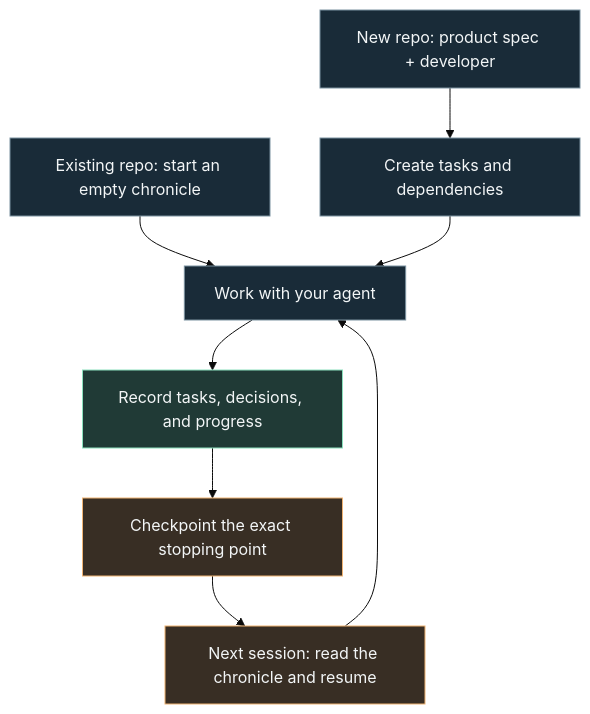
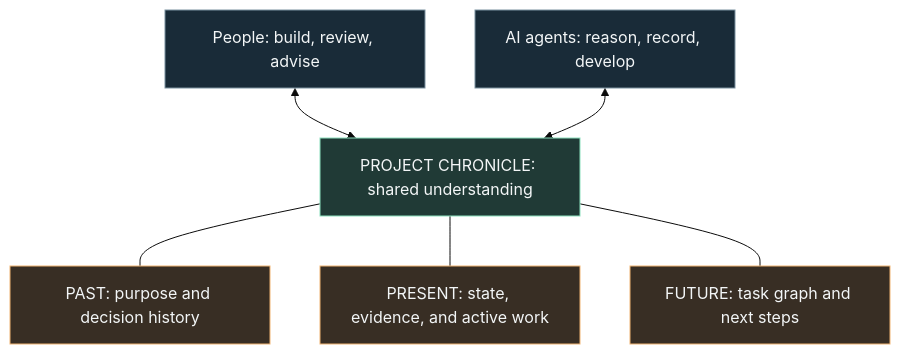
The diagram in README.md (qomerovn/prokron), drawn with Mermaid (base theme) before and after one commit. The commit also changed other lines of this file and 9 other files, not shown here.

Commit message:
docs: center Prokron on shared understanding between people and AI

````diff
--- a/README.md
+++ b/README.md
@@ -40,16 +53,14 @@
 ```mermaid
 flowchart TD
-    N["New repo: product spec + developer"] --> P["Create tasks and dependencies"]
-    E["Existing repo: start an empty chronicle"] --> W["Work with your agent"]
-    P --> W
-    W --> C["Record tasks, decisions, and progress"]
-    C --> H["Checkpoint the exact stopping point"]
-    H --> R["Next session: read the chronicle and resume"]
-    R --> W
-    classDef entry fill:#192b38,color:#f3f6f7,stroke:#7b919f
-    classDef memory fill:#203a36,color:#f3f6f7,stroke:#8be0bd
-    classDef handoff fill:#382e24,color:#f3f6f7,stroke:#efb373
-    class N,E,P,W entry
-    class C memory
-    class H,R handoff
+    P["People: build, review, advise"] <--> C["PROJECT CHRONICLE: shared understanding"]
+    A["AI agents: reason, record, develop"] <--> C
+    C --- H["PAST: purpose and decision history"]
+    C --- S["PRESENT: state, evidence, and active work"]
+    C --- N["FUTURE: task graph and next steps"]
+    classDef participants fill:#192b38,color:#f3f6f7,stroke:#7b919f
+    classDef chronicle fill:#203a36,color:#f3f6f7,stroke:#8be0bd
+    classDef perspective fill:#382e24,color:#f3f6f7,stroke:#efb373
+    class P,A participants
+    class C chronicle
+    class H,S,N perspective
 ```
````
